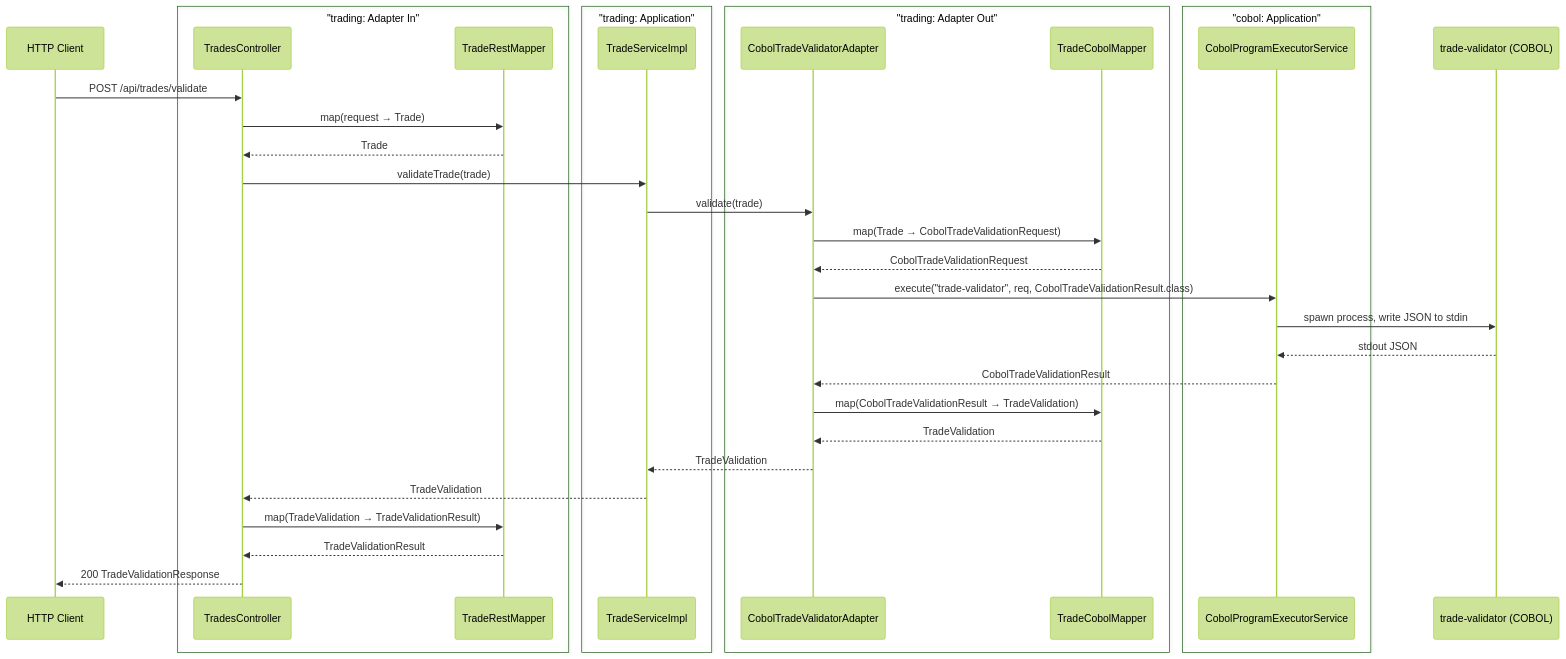
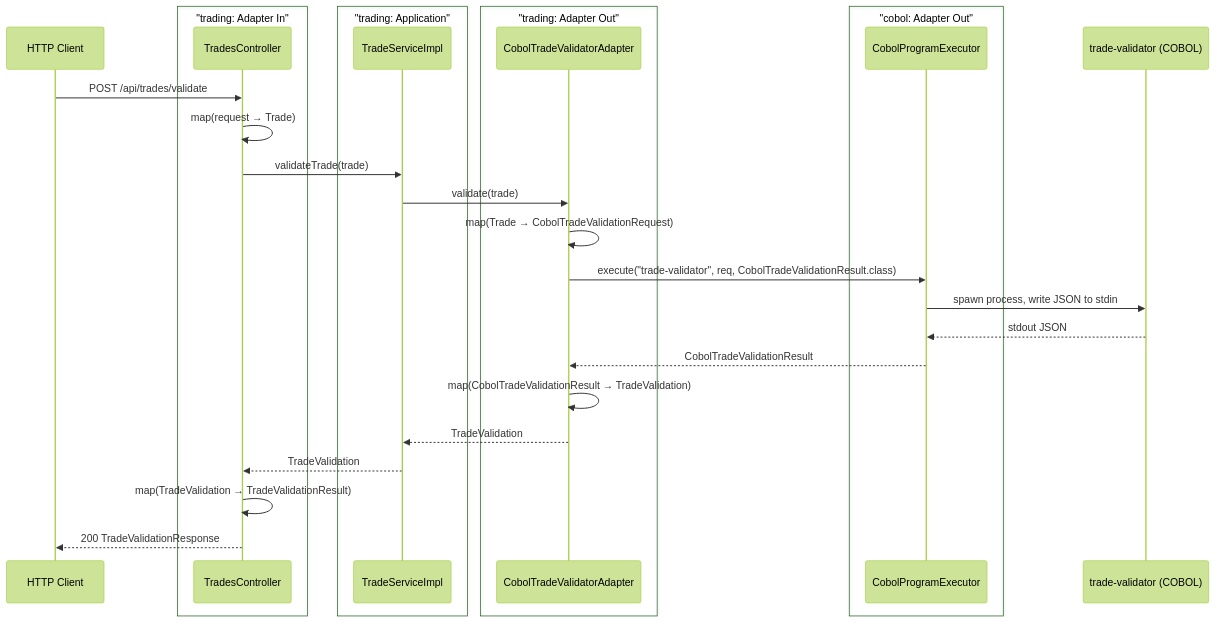
Before and after one commit to franBec/stonks-simulator: the second of 7 diagrams in stonks_java/README.md, drawn with Mermaid (forest theme). The commit also changed other lines of this file and 9 other files, not shown here.

First line of the commit message:
Fix modulith module boundaries for cobol/config and update README diagrams

````diff
--- a/stonks_java/README.md
+++ b/stonks_java/README.md
@@ -42,38 +53,32 @@
 ```mermaid
 sequenceDiagram
     participant Client as HTTP Client
     box "trading: Adapter In"
     participant TC as TradesController
-    participant TRM as TradeRestMapper
     end
     box "trading: Application"
     participant TS as TradeServiceImpl
     end
     box "trading: Adapter Out"
     participant CTA as CobolTradeValidatorAdapter
-    participant TCM as TradeCobolMapper
     end
-    box "cobol: Application"
-    participant CPE as CobolProgramExecutorService
+    box "cobol: Adapter Out"
+    participant CPE as CobolProgramExecutor
     end
     participant COBOL as trade-validator (COBOL)
 
     Client->>TC: POST /api/trades/validate
-    TC->>TRM: map(request → Trade)
-    TRM-->>TC: Trade
+    TC->>TC: map(request → Trade)
     TC->>TS: validateTrade(trade)
     TS->>CTA: validate(trade)
-    CTA->>TCM: map(Trade → CobolTradeValidationRequest)
-    TCM-->>CTA: CobolTradeValidationRequest
+    CTA->>CTA: map(Trade → CobolTradeValidationRequest)
     CTA->>CPE: execute("trade-validator", req, CobolTradeValidationResult.class)
     CPE->>COBOL: spawn process, write JSON to stdin
     COBOL-->>CPE: stdout JSON
     CPE-->>CTA: CobolTradeValidationResult
-    CTA->>TCM: map(CobolTradeValidationResult → TradeValidation)
-    TCM-->>CTA: TradeValidation
+    CTA->>CTA: map(CobolTradeValidationResult → TradeValidation)
     CTA-->>TS: TradeValidation
     TS-->>TC: TradeValidation
-    TC->>TRM: map(TradeValidation → TradeValidationResult)
-    TRM-->>TC: TradeValidationResult
+    TC->>TC: map(TradeValidation → TradeValidationResult)
     TC-->>Client: 200 TradeValidationResponse
 ```
````
